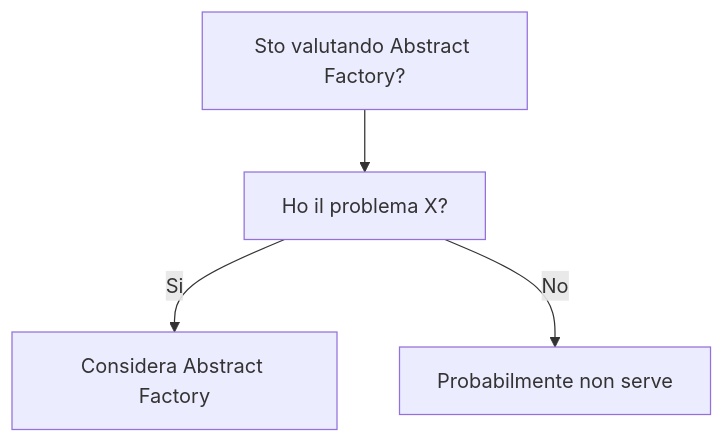
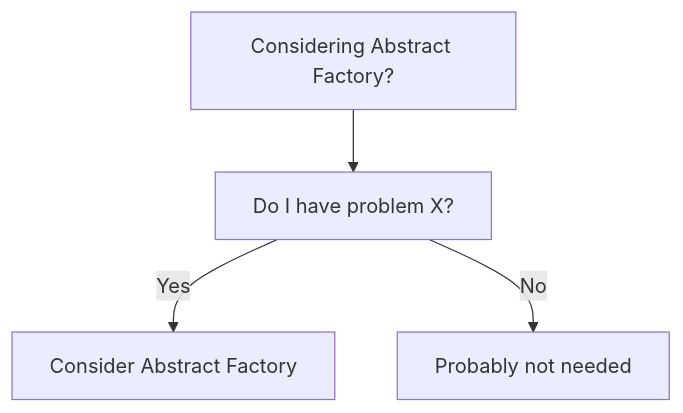
Before and after one commit to HxT9/Software-Dev-Wiki: the diagram in dev-wiki/03_Design_Patterns/Creational/Abstract_Factory/When_To_Use.md, drawn with Mermaid. The commit also changed other lines of this file and 3444 other files, not shown here.

````diff
--- a/dev-wiki/03_Design_Patterns/Creational/Abstract_Factory/When_To_Use.md
+++ b/dev-wiki/03_Design_Patterns/Creational/Abstract_Factory/When_To_Use.md
@@ -19,6 +19,6 @@
 ```mermaid
 flowchart TD
-  Q[Sto valutando Abstract Factory?] --> Q1[Ho il problema X?]
-  Q1 -->|Si| OK[Considera Abstract Factory]
-  Q1 -->|No| NO[Probabilmente non serve]
+  Q[Considering Abstract Factory?] --> Q1[Do I have problem X?]
+  Q1 -->|Yes| OK[Consider Abstract Factory]
+  Q1 -->|No| NO[Probably not needed]
 ```
````
